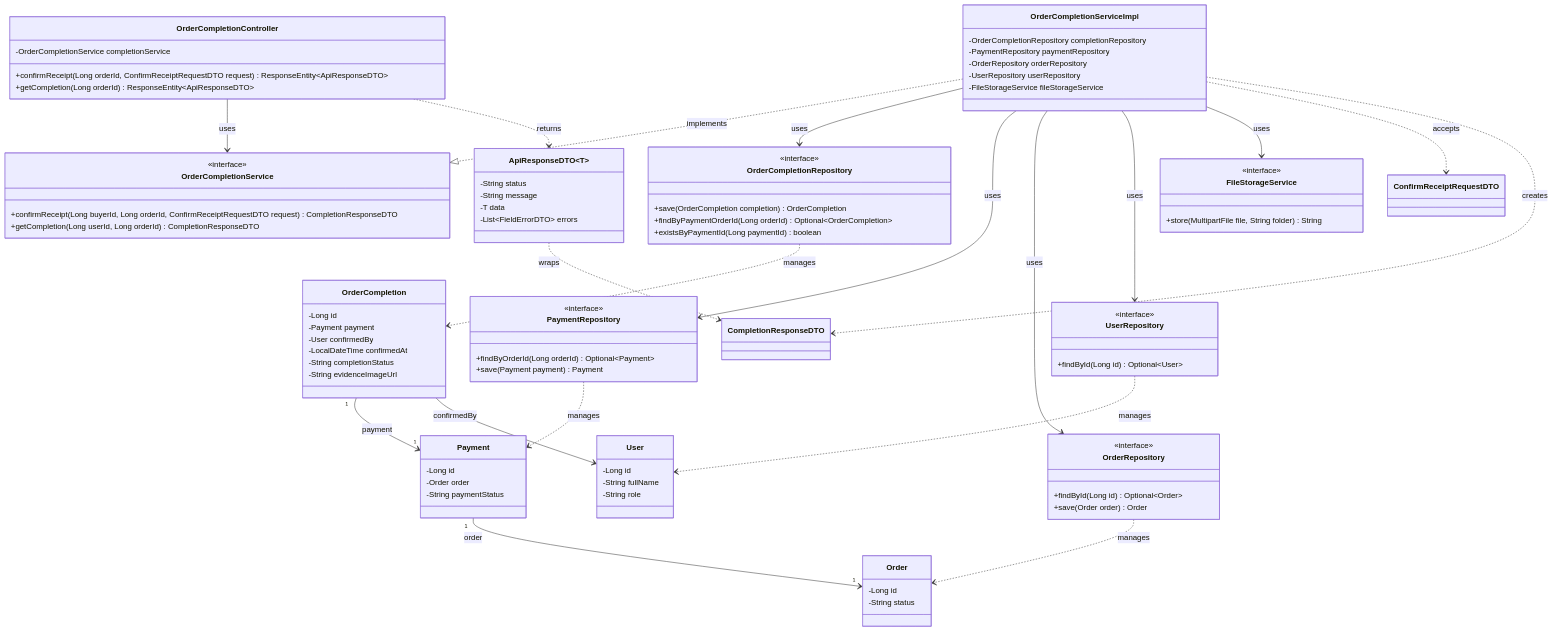
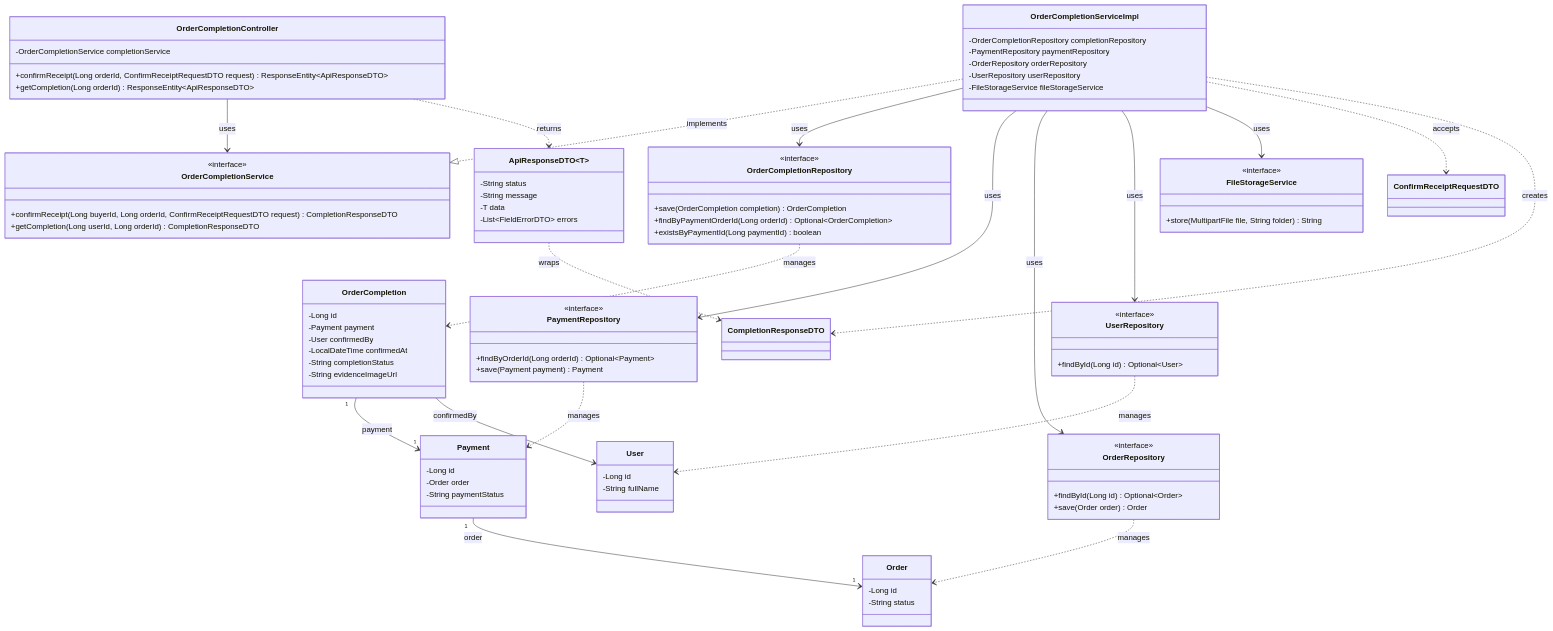
One commit to BlackyB0o/CS261_650001_group5 changed the fourth of 4 diagrams in docs/task-24/README.md. Above: the diagram before and after it, drawn with Mermaid. The commit also changed other lines of this file, not shown here.

Commit message:
updated payment rules for no-role model

```diff
--- a/docs/task-24/README.md
+++ b/docs/task-24/README.md
@@ -322,7 +322,6 @@
     class User {
         -Long id
         -String fullName
-        -String role
     }
     class ConfirmReceiptRequestDTO
     class CompletionResponseDTO
```
